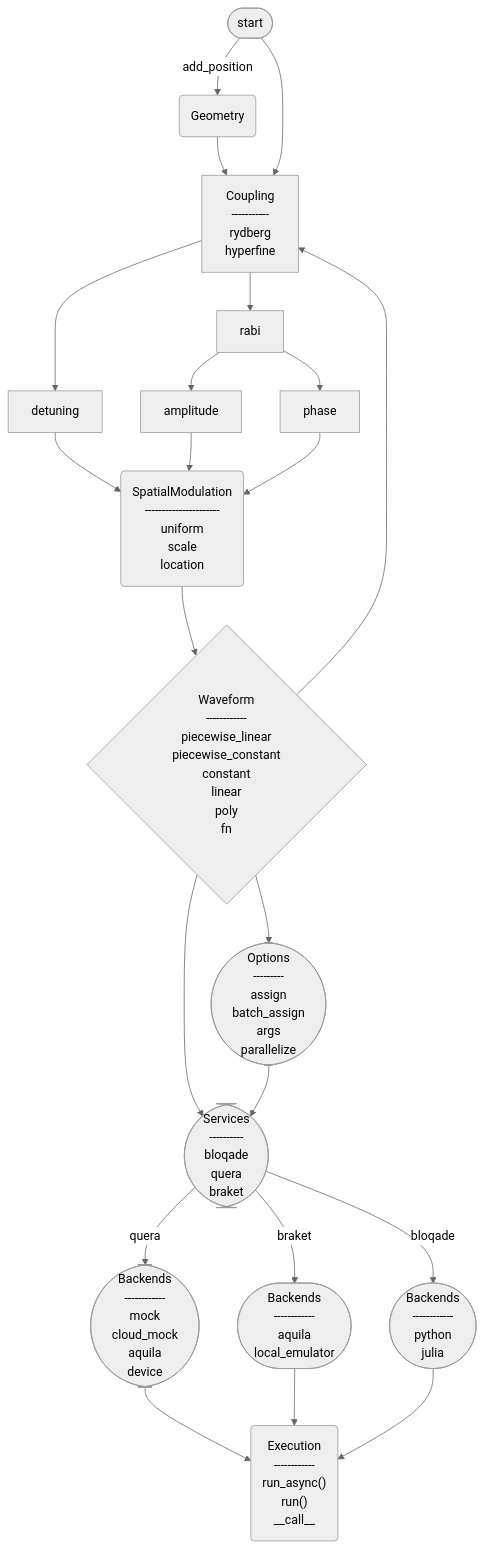
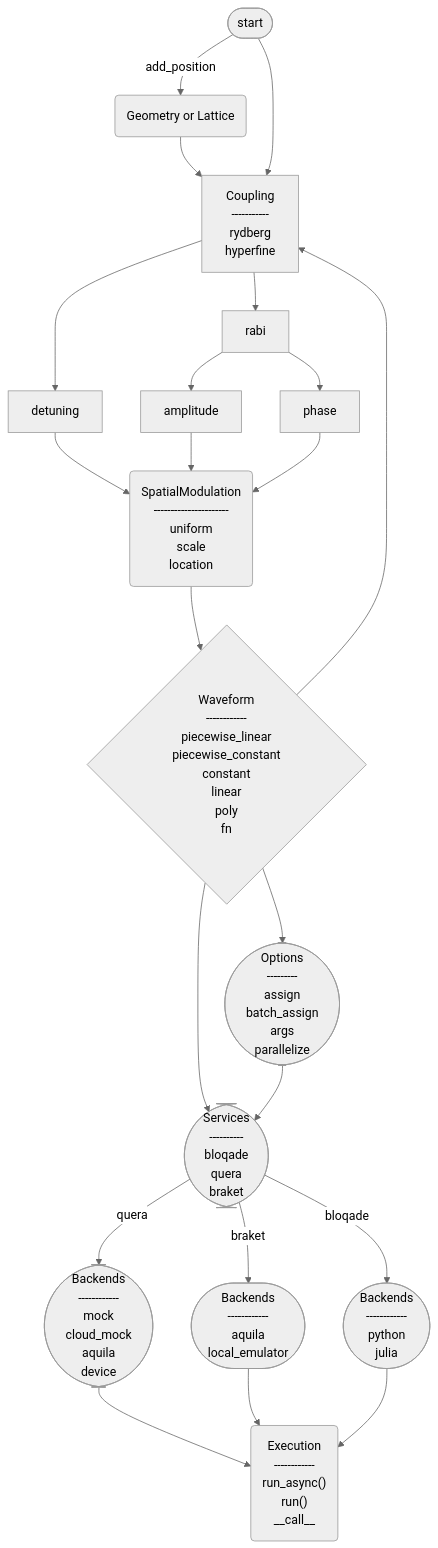
One commit to QuEraComputing/bloqade-python changed the diagram in docs/builder-workflow/standard.md. Above: the diagram before and after it, drawn with Mermaid (neutral theme).

Commit message:
updating figure.

```diff
--- a/docs/builder-workflow/standard.md
+++ b/docs/builder-workflow/standard.md
@@ -7,7 +7,7 @@
 
   ProgramStart(["start"])
 
-  Geometry("Geometry")
+  Geometry("Geometry or Lattice")
 
   Coupling["Coupling
   -----------
```
